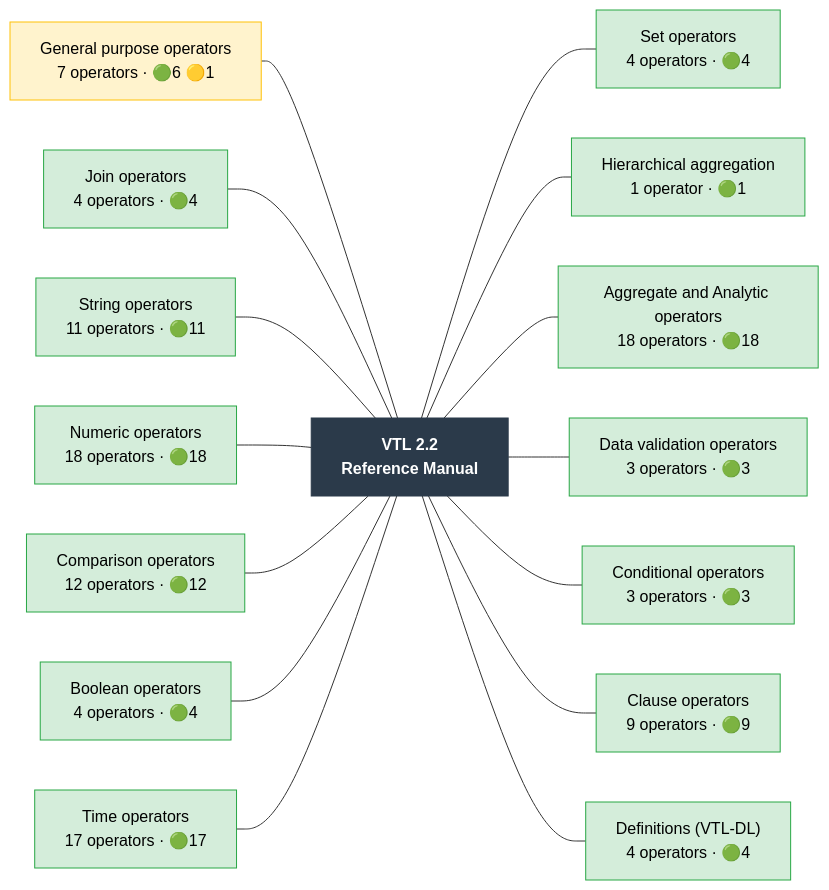
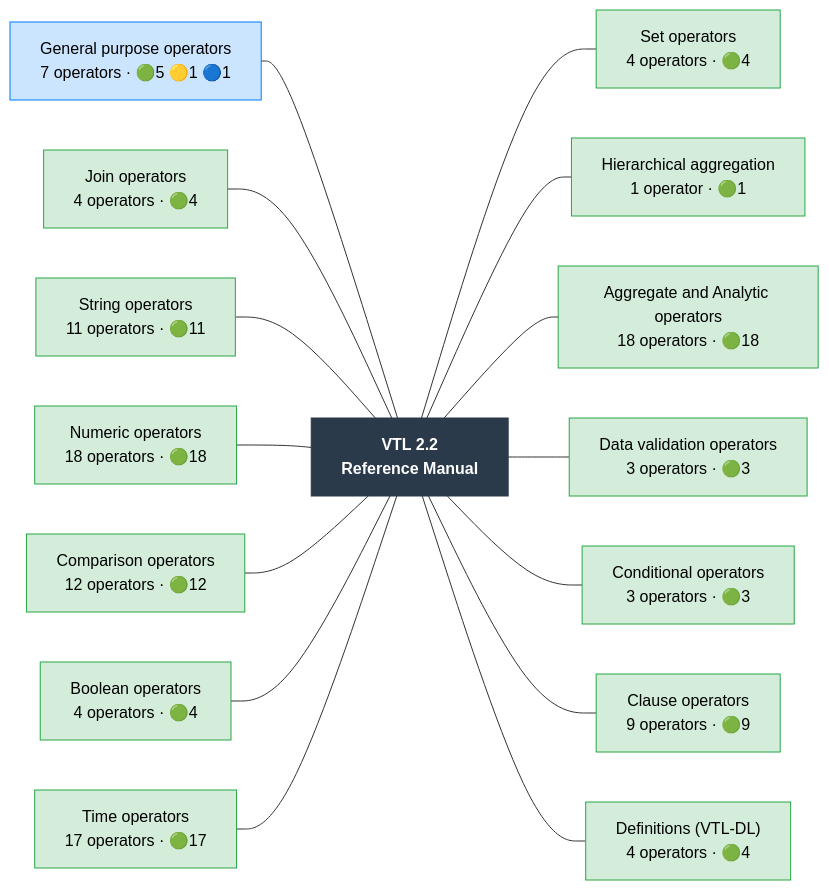
Before and after one commit to Meaningful-Data/vtlengine: the diagram in docs/operator_map/overview.rst, drawn with Mermaid. The commit also changed other lines of this file and 87 other files, not shown here.

```diff
--- a/docs/operator_map/overview.rst
+++ b/docs/operator_map/overview.rst
@@ -17,54 +17,54 @@
 .. mermaid::
    :config: {"flowchart": {"useMaxWidth": false}}
 
    flowchart LR
        classDef ok fill:#d4edda,stroke:#28a745,color:#000
        classDef partial fill:#fff3cd,stroke:#ffc107,color:#000
        classDef refused fill:#d4edda,stroke:#28a745,stroke-width:3px,stroke-dasharray: 2 2,color:#000
        classDef missing fill:#f8d7da,stroke:#dc3545,color:#000
        classDef diverge fill:#cce5ff,stroke:#007bff,color:#000
        classDef block fill:#2b3a4a,stroke:#2b3a4a,color:#fff,font-weight:bold
        classDef ext fill:#fff,stroke:#666,color:#000,stroke-dasharray: 5 5
        R["VTL 2.2<br/>Reference Manual"]:::block
-       chapter__general["General purpose operators<br/>7 operators · 🟢6 🟡1"]:::partial
+       chapter__general["General purpose operators<br/>7 operators · 🟢5 🟡1 🔵1"]:::diverge
        chapter__join["Join operators<br/>4 operators · 🟢4"]:::ok
        chapter__string["String operators<br/>11 operators · 🟢11"]:::ok
        chapter__numeric["Numeric operators<br/>18 operators · 🟢18"]:::ok
        chapter__comparison["Comparison operators<br/>12 operators · 🟢12"]:::ok
        chapter__boolean["Boolean operators<br/>4 operators · 🟢4"]:::ok
        chapter__time["Time operators<br/>17 operators · 🟢17"]:::ok
        chapter__set["Set operators<br/>4 operators · 🟢4"]:::ok
        chapter__hierarchy["Hierarchical aggregation<br/>1 operator · 🟢1"]:::ok
        chapter__aggregate["Aggregate and Analytic operators<br/>18 operators · 🟢18"]:::ok
        chapter__validation["Data validation operators<br/>3 operators · 🟢3"]:::ok
        chapter__conditional["Conditional operators<br/>3 operators · 🟢3"]:::ok
        chapter__clause["Clause operators<br/>9 operators · 🟢9"]:::ok
        chapter__definitions["Definitions (VTL-DL)<br/>4 operators · 🟢4"]:::ok
        chapter__general --- R
        chapter__join --- R
        chapter__string --- R
        chapter__numeric --- R
        chapter__comparison --- R
        chapter__boolean --- R
        chapter__time --- R
        R --- chapter__set
        R --- chapter__hierarchy
        R --- chapter__aggregate
        R --- chapter__validation
        R --- chapter__conditional
        R --- chapter__clause
        R --- chapter__definitions
        click chapter__general href "general/index.html"
        click chapter__join href "join/index.html"
        click chapter__string href "string/index.html"
        click chapter__numeric href "numeric/index.html"
        click chapter__comparison href "comparison/index.html"
        click chapter__boolean href "boolean/index.html"
        click chapter__time href "time/index.html"
        click chapter__set href "set/index.html"
        click chapter__hierarchy href "hierarchy/index.html"
        click chapter__aggregate href "aggregate/index.html"
        click chapter__validation href "validation/index.html"
        click chapter__conditional href "conditional/index.html"
        click chapter__clause href "clause/index.html"
        click chapter__definitions href "definitions/index.html"
```
